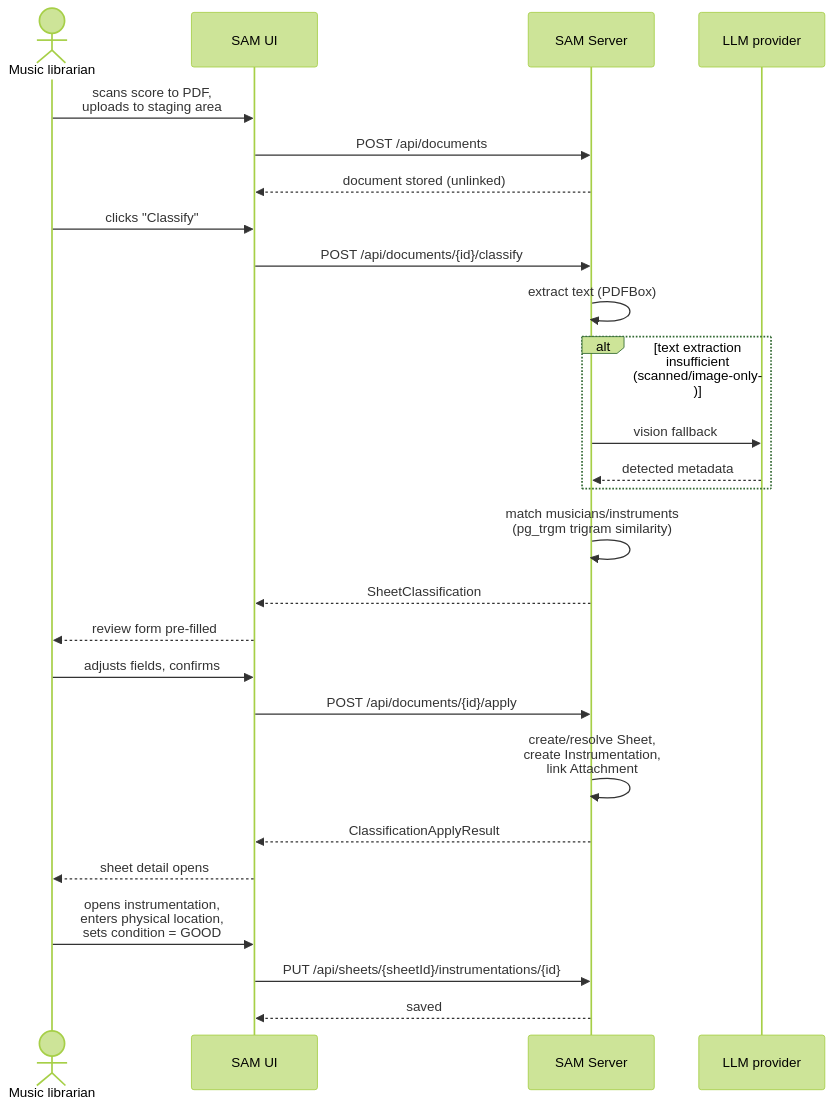
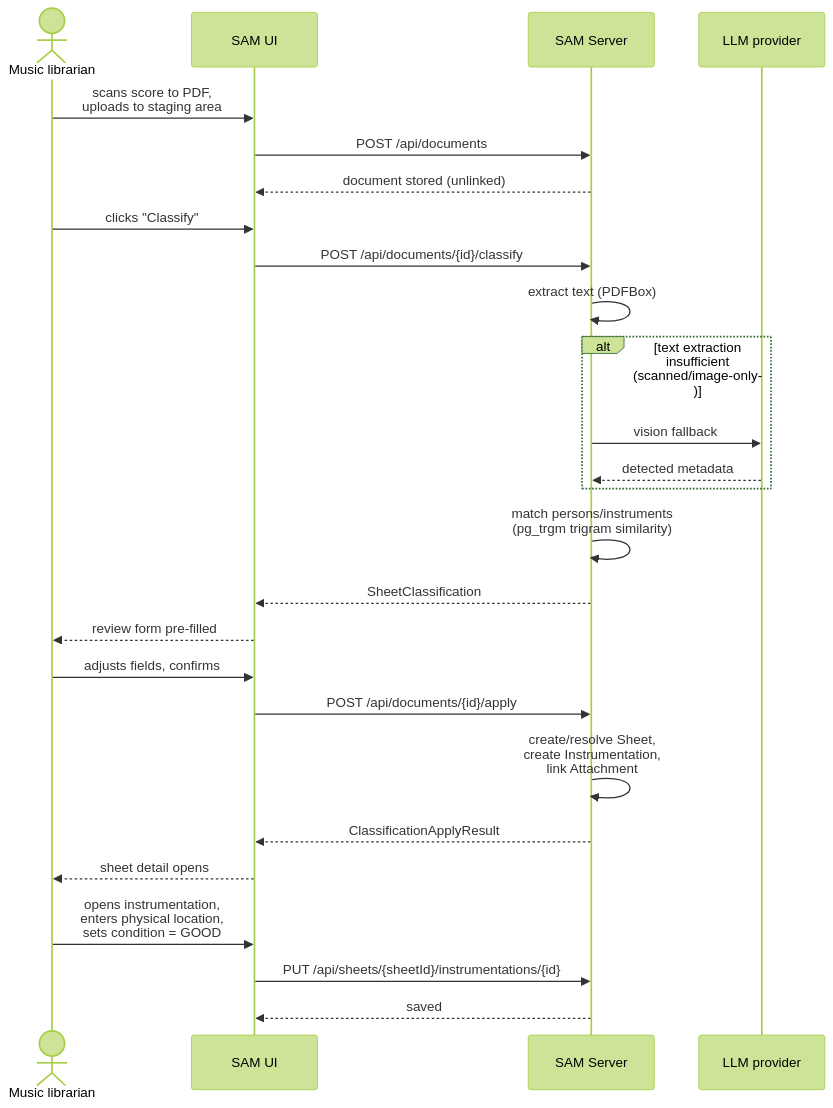
Before and after one commit to fhm84/sam: the first of 4 diagrams in docs/architecture/runtime/README.md, drawn with Mermaid (forest theme). The commit also changed 174 other files, not shown here.

````diff
--- a/docs/architecture/runtime/README.md
+++ b/docs/architecture/runtime/README.md
@@ -18,32 +18,32 @@
 ```mermaid
 sequenceDiagram
     actor Lib as Music librarian
     participant UI as SAM UI
     participant Server as SAM Server
     participant LLM as LLM provider
 
     Lib->>UI: scans score to PDF,<br/>uploads to staging area
     UI->>Server: POST /api/documents
     Server-->>UI: document stored (unlinked)
 
     Lib->>UI: clicks "Classify"
     UI->>Server: POST /api/documents/{id}/classify
     Server->>Server: extract text (PDFBox)
     alt text extraction insufficient (scanned/image-only)
         Server->>LLM: vision fallback
         LLM-->>Server: detected metadata
     end
-    Server->>Server: match musicians/instruments<br/>(pg_trgm trigram similarity)
+    Server->>Server: match persons/instruments<br/>(pg_trgm trigram similarity)
     Server-->>UI: SheetClassification
     UI-->>Lib: review form pre-filled
 
     Lib->>UI: adjusts fields, confirms
     UI->>Server: POST /api/documents/{id}/apply
     Server->>Server: create/resolve Sheet,<br/>create Instrumentation,<br/>link Attachment
     Server-->>UI: ClassificationApplyResult
     UI-->>Lib: sheet detail opens
 
     Lib->>UI: opens instrumentation,<br/>enters physical location,<br/>sets condition = GOOD
     UI->>Server: PUT /api/sheets/{sheetId}/instrumentations/{id}
     Server-->>UI: saved
 ```
````
